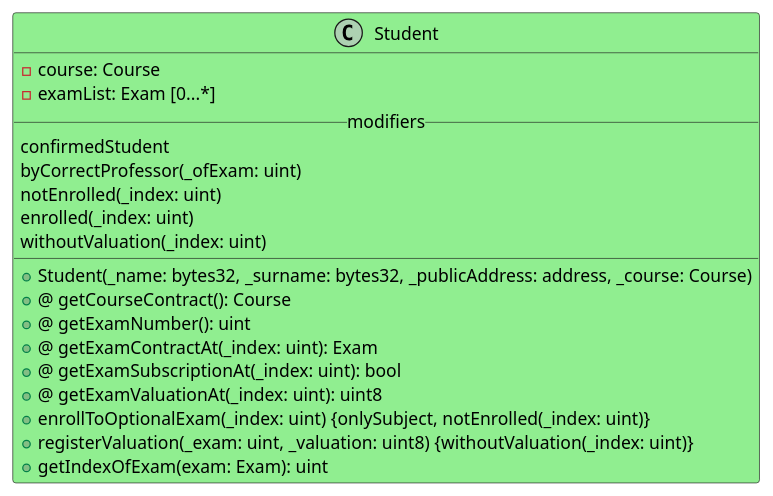
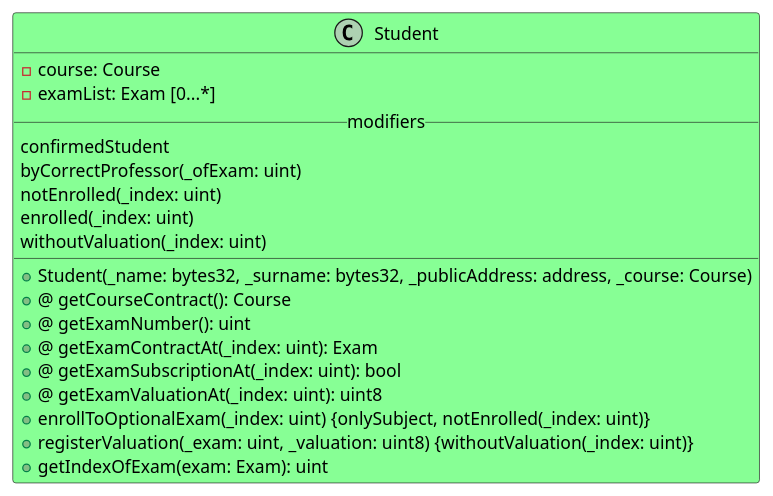
The diagram in Solidity/Contracts/Student.iuml (M9k/Marvin-Uml), drawn with PlantUML before and after one commit. The commit also changed 9 other files, not shown here.

```diff
--- a/Solidity/Contracts/Student.iuml
+++ b/Solidity/Contracts/Student.iuml
@@ -1,23 +1,23 @@
 @startuml
 
-class Student #LightGreen {
+class Student #87FF95 {
 - course: Course
 - examList: Exam [0...*]
 __modifiers__
 confirmedStudent
 byCorrectProfessor(_ofExam: uint)
 notEnrolled(_index: uint)
 enrolled(_index: uint)
 withoutValuation(_index: uint)
 __
 + Student(_name: bytes32, _surname: bytes32, _publicAddress: address, _course: Course)
 +@ getCourseContract(): Course
 +@ getExamNumber(): uint
 +@ getExamContractAt(_index: uint): Exam
 +@ getExamSubscriptionAt(_index: uint): bool
 +@ getExamValuationAt(_index: uint): uint8
 + enrollToOptionalExam(_index: uint) {onlySubject, notEnrolled(_index: uint)}
 + registerValuation(_exam: uint, _valuation: uint8) {withoutValuation(_index: uint)}
 + getIndexOfExam(exam: Exam): uint
 }
 @enduml
```
